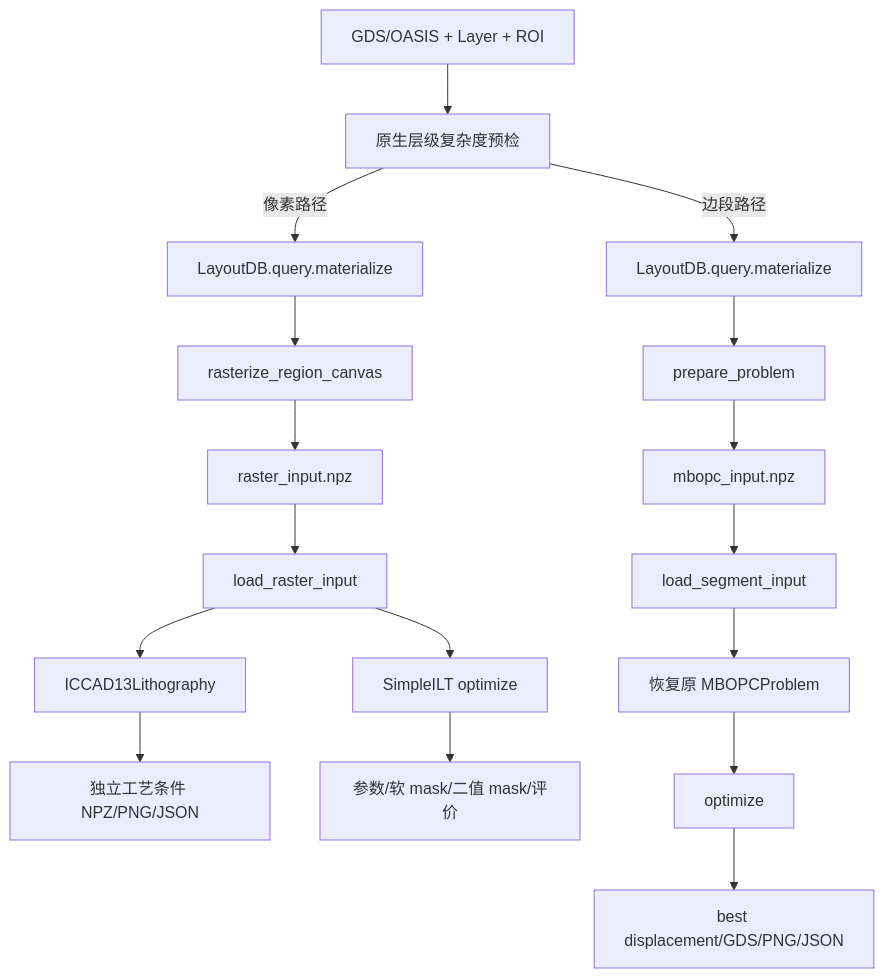
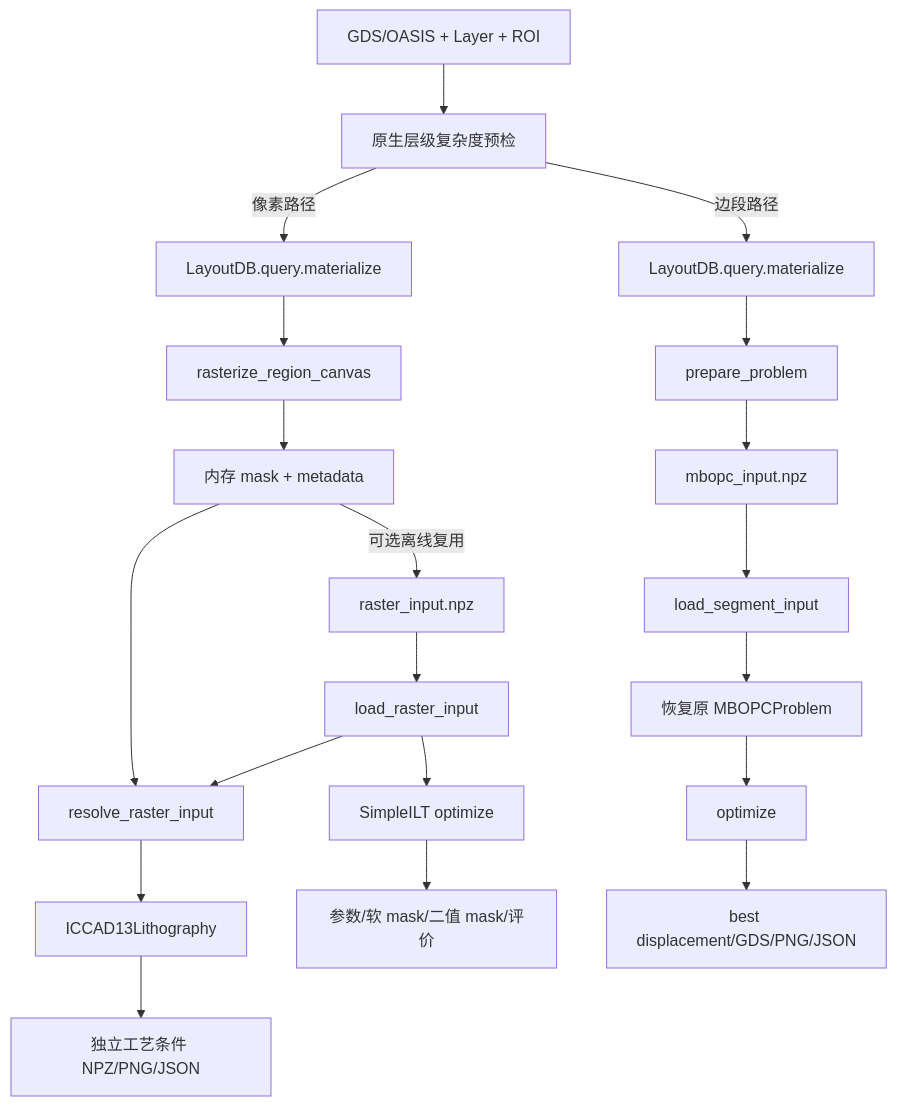
Before and after one commit to Eve429/MyOPC: the tenth of 10 diagrams in doc/function_call_architecture.md, drawn with Mermaid. The commit also changed other lines of this file and 15 other files, not shown here.

````diff
--- a/doc/function_call_architecture.md
+++ b/doc/function_call_architecture.md
@@ -251,19 +255,22 @@
 ```mermaid
 flowchart TD
     A[GDS/OASIS + Layer + ROI] --> B[原生层级复杂度预检]
     B -->|像素路径| C[LayoutDB.query.materialize]
     C --> D[rasterize_region_canvas]
-    D --> E[raster_input.npz]
+    D --> P[内存 mask + metadata]
+    P -->|可选离线复用| E[raster_input.npz]
     E --> F[load_raster_input]
-    F --> G[ICCAD13Lithography]
+    P --> S[resolve_raster_input]
+    F --> S
+    S --> G[ICCAD13Lithography]
     G --> H[独立工艺条件 NPZ/PNG/JSON]
     F --> Q[SimpleILT optimize]
     Q --> R[参数/软 mask/二值 mask/评价]
     B -->|边段路径| I[LayoutDB.query.materialize]
     I --> J[prepare_problem]
     J --> K[mbopc_input.npz]
     K --> L[load_segment_input]
     L --> M[恢复原 MBOPCProblem]
     M --> N[optimize]
     N --> O[best displacement/GDS/PNG/JSON]
 ```
````
